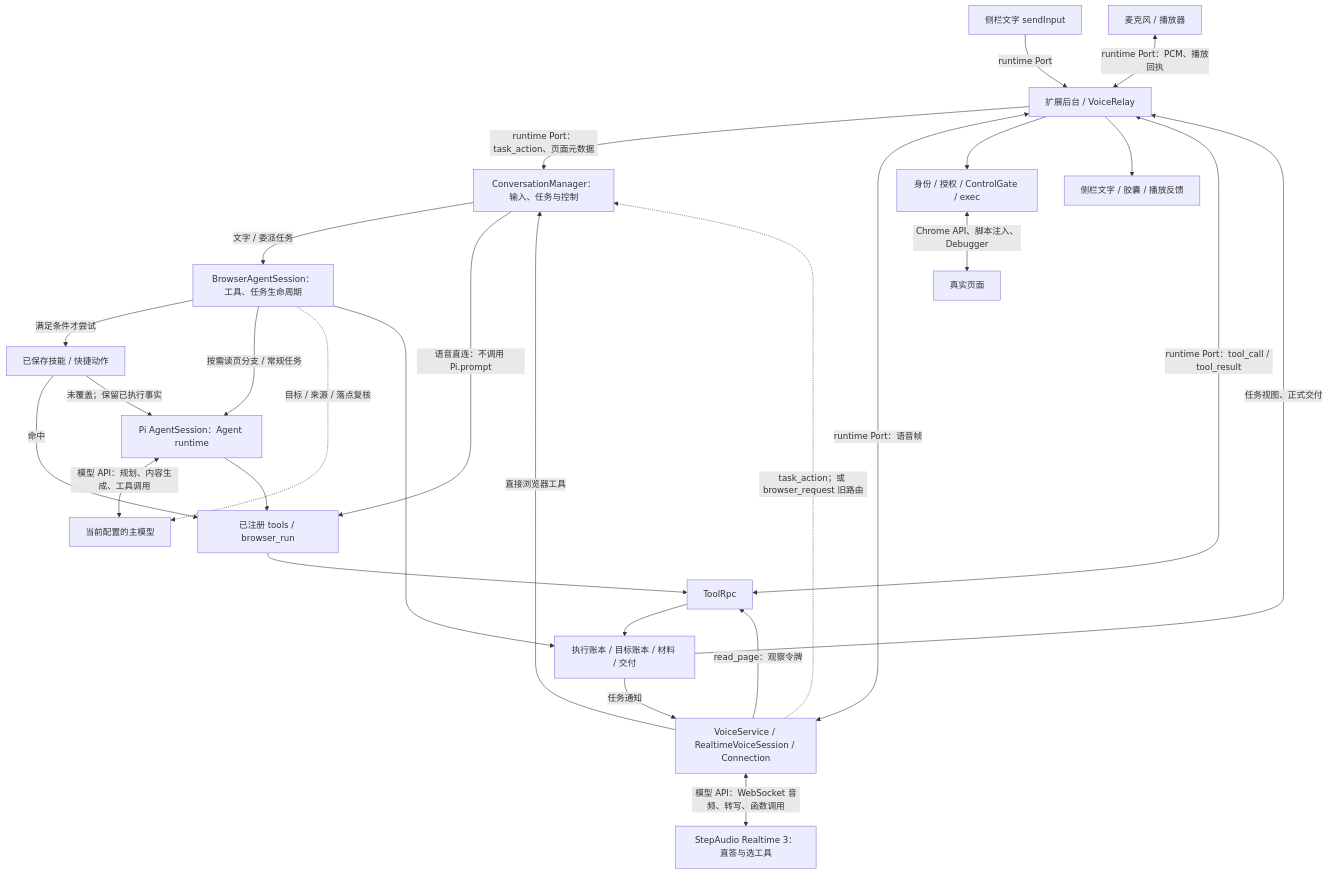
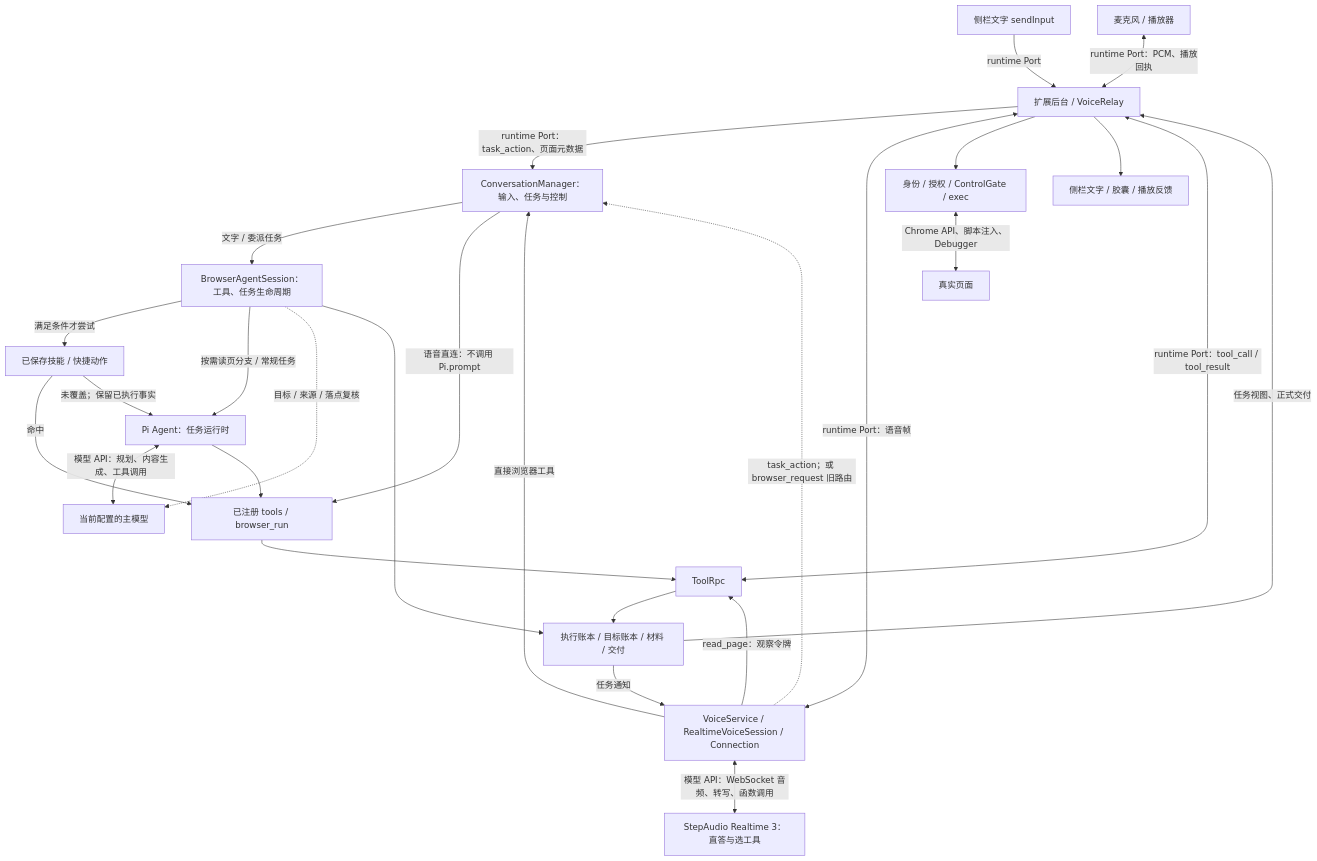
The diagram in docs/architecture.md (yishu-ziyu/By-Your-Side), drawn with Mermaid before and after one commit. The commit also changed other lines of this file and 13 other files, not shown here.

````diff
--- a/docs/architecture.md
+++ b/docs/architecture.md
@@ -19,29 +19,29 @@
 ```mermaid
 flowchart TD
   Text[侧栏文字 sendInput] -->|runtime Port| BG[扩展后台 / VoiceRelay]
   Audio[麦克风 / 播放器] <-->|runtime Port：PCM、播放回执| BG
   BG -->|runtime Port：task_action、页面元数据| CM[ConversationManager：输入、任务与控制]
   BG <-->|runtime Port：语音帧| VS[VoiceService / RealtimeVoiceSession / Connection]
   VS <-->|模型 API：WebSocket 音频、转写、函数调用| RT[StepAudio Realtime 3：直答与选工具]
   VS -->|直接浏览器工具| CM
   VS -.->|task_action；或 browser_request 旧路由| CM
   CM -->|文字 / 委派任务| Session[BrowserAgentSession：工具、任务生命周期]
   Session -->|满足条件才尝试| Fast[已保存技能 / 快捷动作]
   Fast -->|命中| Tools[已注册 tools / browser_run]
-  Fast -->|未覆盖；保留已执行事实| Pi[Pi AgentSession：Agent runtime]
+  Fast -->|未覆盖；保留已执行事实| Pi[Pi Agent：任务运行时]
   Session -->|按需读页分支 / 常规任务| Pi
   Pi <-->|模型 API：规划、内容生成、工具调用| LLM[当前配置的主模型]
   Pi --> Tools
   CM -->|语音直连：不调用 Pi.prompt| Tools
   VS -->|read_page：观察令牌| RPC[ToolRpc]
   Tools --> RPC
   RPC <-->|runtime Port：tool_call / tool_result| BG
   BG --> Gate[身份 / 授权 / ControlGate / exec]
   Gate <-->|Chrome API、脚本注入、Debugger| Page[真实页面]
   Session -.->|目标 / 来源 / 落点复核| LLM
   RPC --> Facts[执行账本 / 目标账本 / 材料 / 交付]
   Session --> Facts
   Facts -->|任务视图、正式交付| BG
   Facts -->|任务通知| VS
   BG --> UI[侧栏文字 / 胶囊 / 播放反馈]
 ```
````
